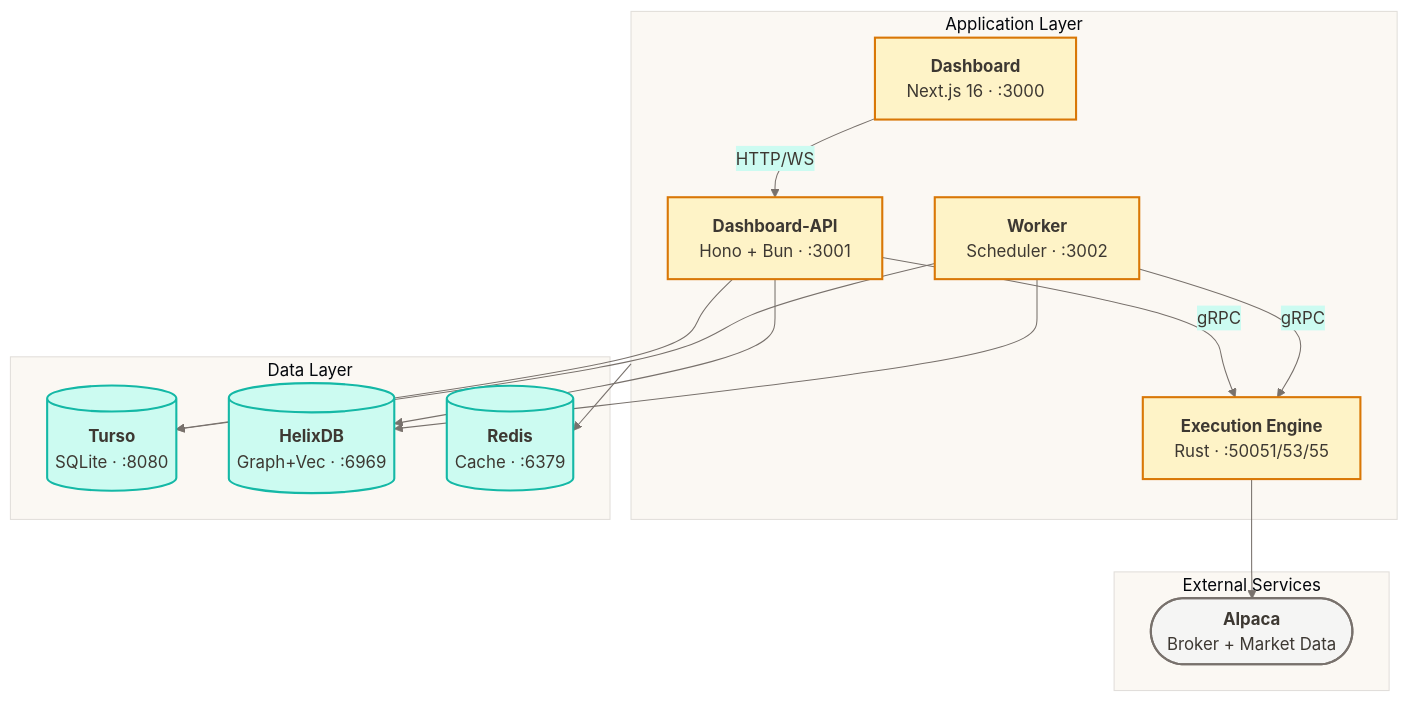
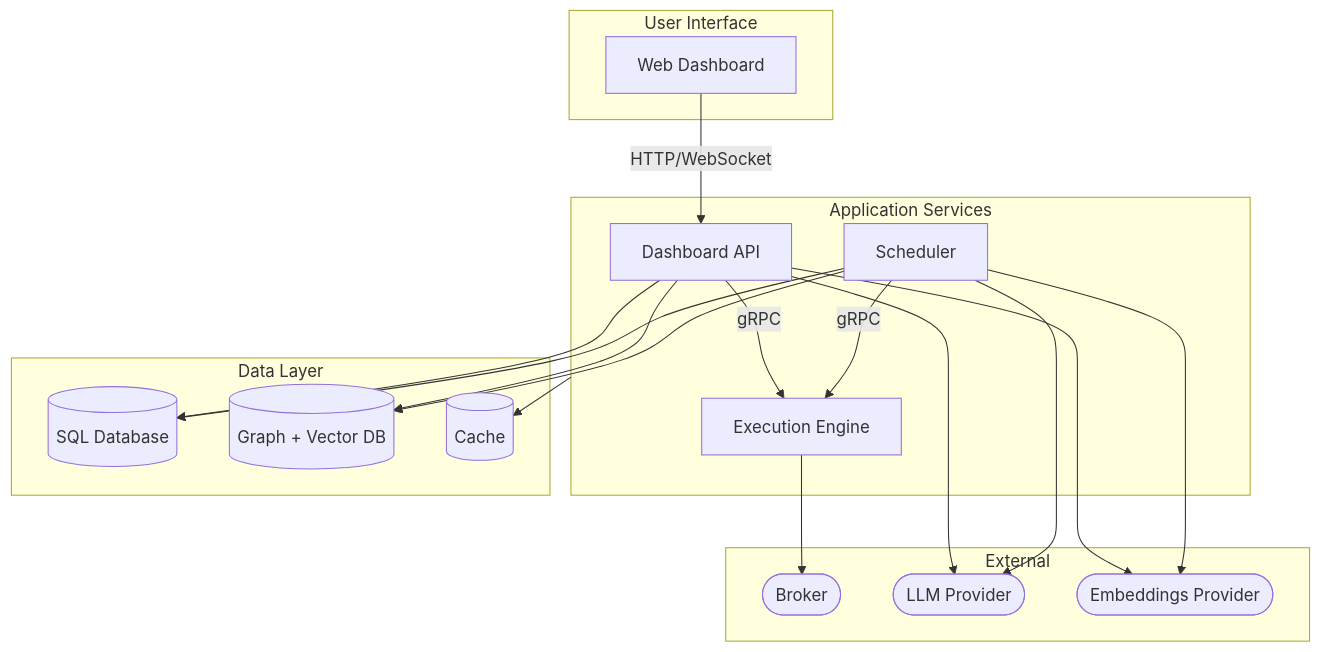
One commit to ccheney/cream changed the first of 8 diagrams in ARCHITECTURE.md. Above: the diagram before and after it, drawn with Mermaid. The commit also changed other lines of this file, not shown here.

Commit message:
refactor: update architecture documentation for clarity and accuracy, removing outdated references and enhancing structure

````diff
--- a/ARCHITECTURE.md
+++ b/ARCHITECTURE.md
@@ -28,46 +9,38 @@
 ```mermaid
-%%{init: {'theme': 'base', 'themeVariables': { 'primaryColor': '#FEF3C7', 'primaryTextColor': '#3D3832', 'primaryBorderColor': '#D97706', 'lineColor': '#78716C', 'secondaryColor': '#CCFBF1', 'tertiaryColor': '#FBF8F3'}}}%%
 flowchart TB
-    subgraph Services["Application Layer"]
-        Dashboard["`**Dashboard**
-        Next.js 16 · :3000`"]
-        DashAPI["`**Dashboard-API**
-        Hono + Bun · :3001`"]
-        Worker["`**Worker**
-        Scheduler · :3002`"]
-        Engine["`**Execution Engine**
-        Rust · :50051/53/55`"]
+    subgraph UI["User Interface"]
+        Dashboard[Web Dashboard]
+    end
+
+    subgraph Services["Application Services"]
+        API[Dashboard API]
+        Worker[Scheduler]
+        Engine[Execution Engine]
     end
 
     subgraph Data["Data Layer"]
-        Turso[("`**Turso**
-        SQLite · :8080`")]
-        Helix[("`**HelixDB**
-        Graph+Vec · :6969`")]
-        Redis[("`**Redis**
-        Cache · :6379`")]
+        SQL[(SQL Database)]
+        Graph[(Graph + Vector DB)]
+        Cache[(Cache)]
     end
 
-    subgraph External["External Services"]
-        Alpaca(["`**Alpaca**
-        Broker + Market Data`"])
+    subgraph External["External"]
+        Broker([Broker])
+        LLM([LLM Provider])
+        Embed([Embeddings Provider])
     end
 
-    Dashboard -->|HTTP/WS| DashAPI
-    DashAPI --> Turso
-    DashAPI --> Helix
-    DashAPI -->|gRPC| Engine
-    Worker --> Turso
-    Worker --> Helix
+    Dashboard -->|HTTP/WebSocket| API
+    API --> SQL
+    API --> Graph
+    API -->|gRPC| Engine
+    API --> LLM
+    API --> Embed
+    Worker --> SQL
+    Worker --> Graph
     Worker -->|gRPC| Engine
-    Engine --> Alpaca
-    Services --> Redis
-
-    classDef service fill:#FEF3C7,stroke:#D97706,stroke-width:2px,color:#3D3832
-    classDef database fill:#CCFBF1,stroke:#14B8A6,stroke-width:2px,color:#3D3832
-    classDef external fill:#F5F5F4,stroke:#78716C,stroke-width:2px,color:#3D3832
-
-    class Dashboard,DashAPI,Worker,Engine service
-    class Turso,Helix,Redis database
-    class Alpaca external
+    Worker --> LLM
+    Worker --> Embed
+    Engine --> Broker
+    Services --> Cache
 ```
````
